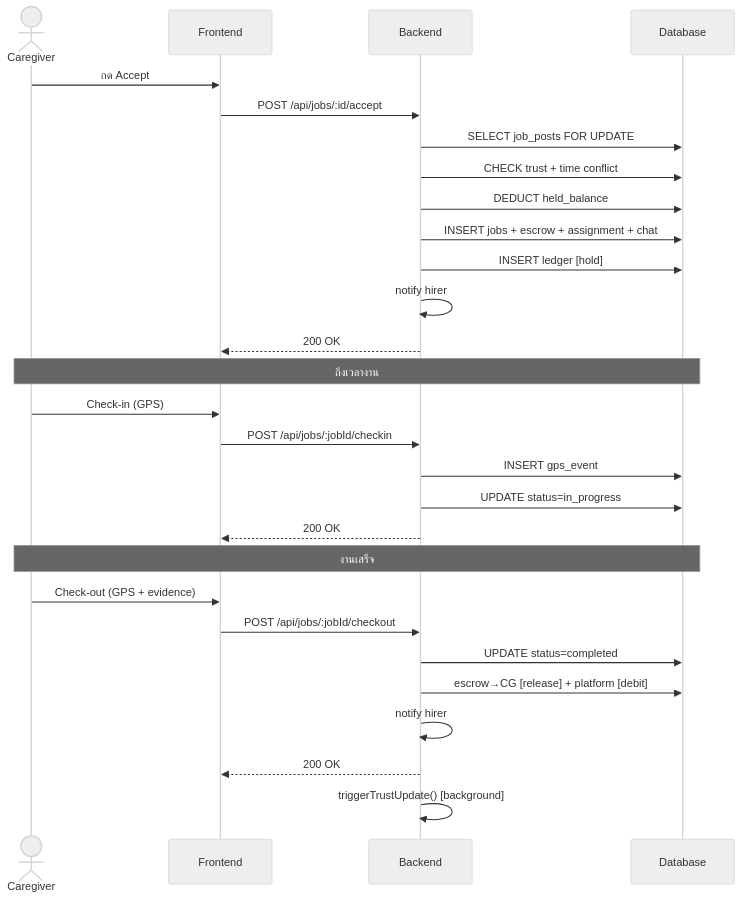
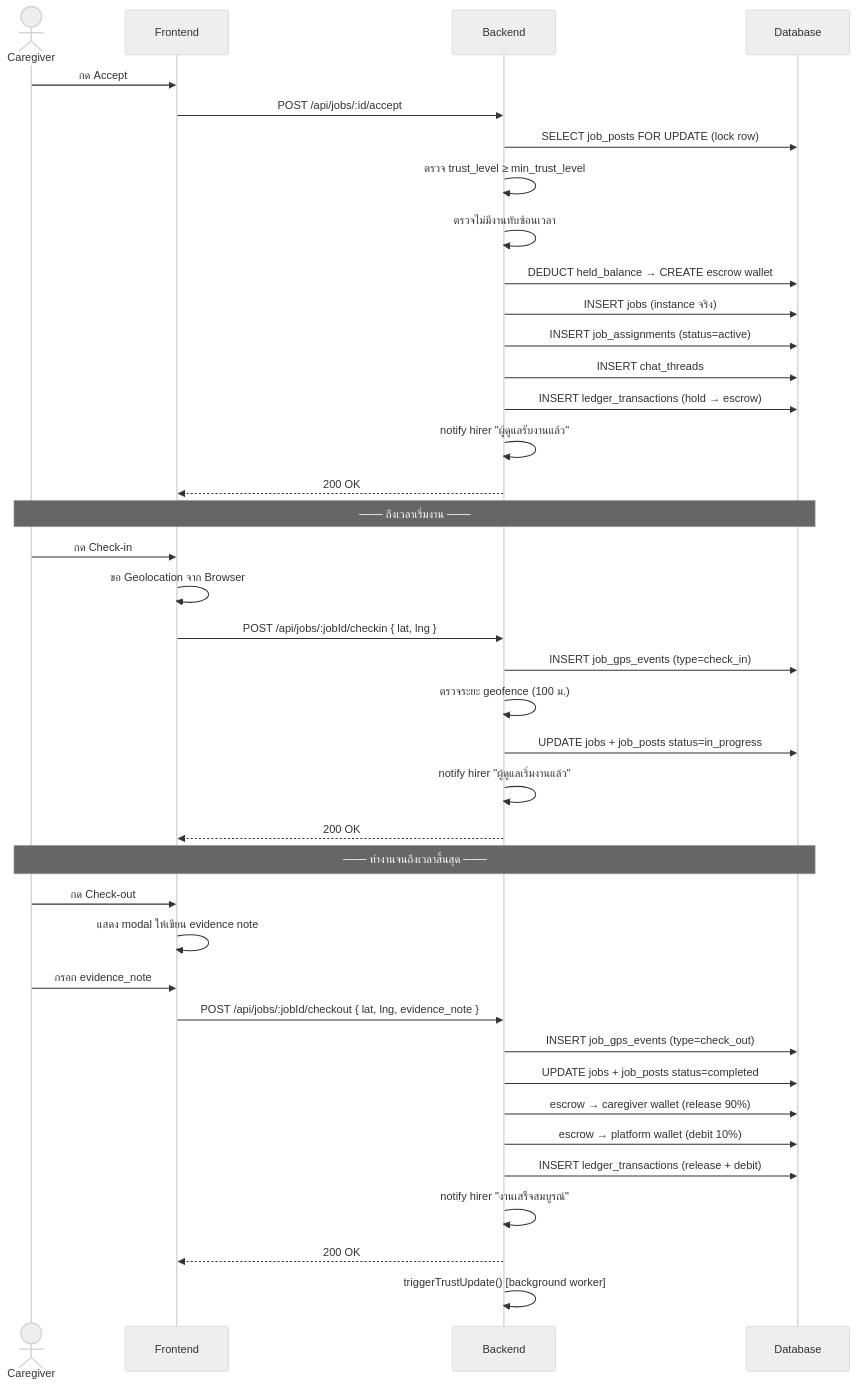
Before and after one commit to SakdaRt/Careconnect: the eighth of 16 diagrams in THESIS_CONTENT_CH3_PART3.md, drawn with Mermaid (neutral theme). The commit also changed other lines of this file, not shown here.

Commit message:
docs(thesis): ปรับ Sequence Diagram ครบ 15 diagrams — หัวข้อภาษาไทย + เพิ่ม Login, OAuth, OTP, Direct Assign, Early Checkout, Cancel, Dispute, Withdrawal, Notification

````diff
--- a/THESIS_CONTENT_CH3_PART3.md
+++ b/THESIS_CONTENT_CH3_PART3.md
@@ -695,30 +832,41 @@
 ```mermaid
 sequenceDiagram
     actor CG as Caregiver
     participant FE as Frontend
     participant BE as Backend
     participant DB as Database
     CG->>FE: กด Accept
     FE->>BE: POST /api/jobs/:id/accept
-    BE->>DB: SELECT job_posts FOR UPDATE
-    BE->>DB: CHECK trust + time conflict
-    BE->>DB: DEDUCT held_balance
-    BE->>DB: INSERT jobs + escrow + assignment + chat
-    BE->>DB: INSERT ledger [hold]
-    BE->>BE: notify hirer
+    BE->>DB: SELECT job_posts FOR UPDATE (lock row)
+    BE->>BE: ตรวจ trust_level ≥ min_trust_level
+    BE->>BE: ตรวจไม่มีงานทับซ้อนเวลา
+    BE->>DB: DEDUCT held_balance → CREATE escrow wallet
+    BE->>DB: INSERT jobs (instance จริง)
+    BE->>DB: INSERT job_assignments (status=active)
+    BE->>DB: INSERT chat_threads
+    BE->>DB: INSERT ledger_transactions (hold → escrow)
+    BE->>BE: notify hirer "ผู้ดูแลรับงานแล้ว"
     BE-->>FE: 200 OK
-    Note over CG,DB: ถึงเวลางาน
-    CG->>FE: Check-in (GPS)
-    FE->>BE: POST /api/jobs/:jobId/checkin
-    BE->>DB: INSERT gps_event
-    BE->>DB: UPDATE status=in_progress
+    Note over CG,DB: ─── ถึงเวลาเริ่มงาน ───
+    CG->>FE: กด Check-in
+    FE->>FE: ขอ Geolocation จาก Browser
+    FE->>BE: POST /api/jobs/:jobId/checkin { lat, lng }
+    BE->>DB: INSERT job_gps_events (type=check_in)
+    BE->>BE: ตรวจระยะ geofence (100 ม.)
+    BE->>DB: UPDATE jobs + job_posts status=in_progress
+    BE->>BE: notify hirer "ผู้ดูแลเริ่มงานแล้ว"
     BE-->>FE: 200 OK
-    Note over CG,DB: งานเสร็จ
-    CG->>FE: Check-out (GPS + evidence)
-    FE->>BE: POST /api/jobs/:jobId/checkout
-    BE->>DB: UPDATE status=completed
-    BE->>DB: escrow→CG [release] + platform [debit]
-    BE->>BE: notify hirer
+    Note over CG,DB: ─── ทำงานจนถึงเวลาสิ้นสุด ───
+    CG->>FE: กด Check-out
+    FE->>FE: แสดง modal ให้เขียน evidence note
+    CG->>FE: กรอก evidence_note
+    FE->>BE: POST /api/jobs/:jobId/checkout { lat, lng, evidence_note }
+    BE->>DB: INSERT job_gps_events (type=check_out)
+    BE->>DB: UPDATE jobs + job_posts status=completed
+    BE->>DB: escrow → caregiver wallet (release 90%)
+    BE->>DB: escrow → platform wallet (debit 10%)
+    BE->>DB: INSERT ledger_transactions (release + debit)
+    BE->>BE: notify hirer "งานเสร็จสมบูรณ์"
     BE-->>FE: 200 OK
-    BE->>BE: triggerTrustUpdate() [background]
+    BE->>BE: triggerTrustUpdate() [background worker]
 ```
````
